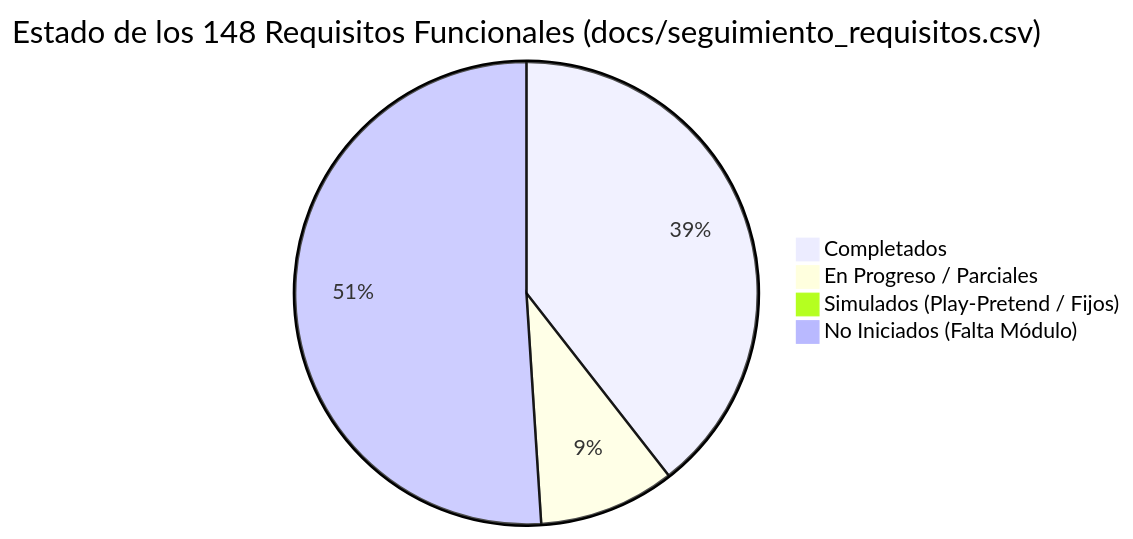
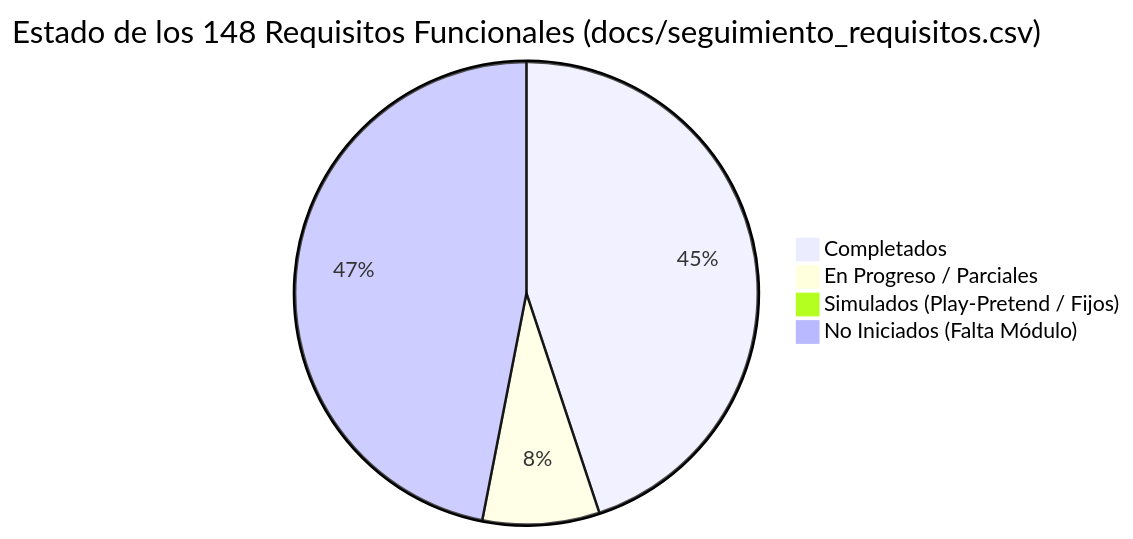
Before and after one commit to MatthewR54/Vivero: the first of 2 diagrams in ROADMAP.md, drawn with Mermaid. The commit also changed other lines of this file and 7 other files, not shown here.

````diff
--- a/ROADMAP.md
+++ b/ROADMAP.md
@@ -11,7 +11,7 @@
 ```mermaid
 pie title Estado de los 148 Requisitos Funcionales (docs/seguimiento_requisitos.csv)
-    "Completados" : 58
-    "En Progreso / Parciales" : 14
+    "Completados" : 66
+    "En Progreso / Parciales" : 12
     "Simulados (Play-Pretend / Fijos)" : 1
-    "No Iniciados (Falta Módulo)" : 75
+    "No Iniciados (Falta Módulo)" : 69
 ```
````
